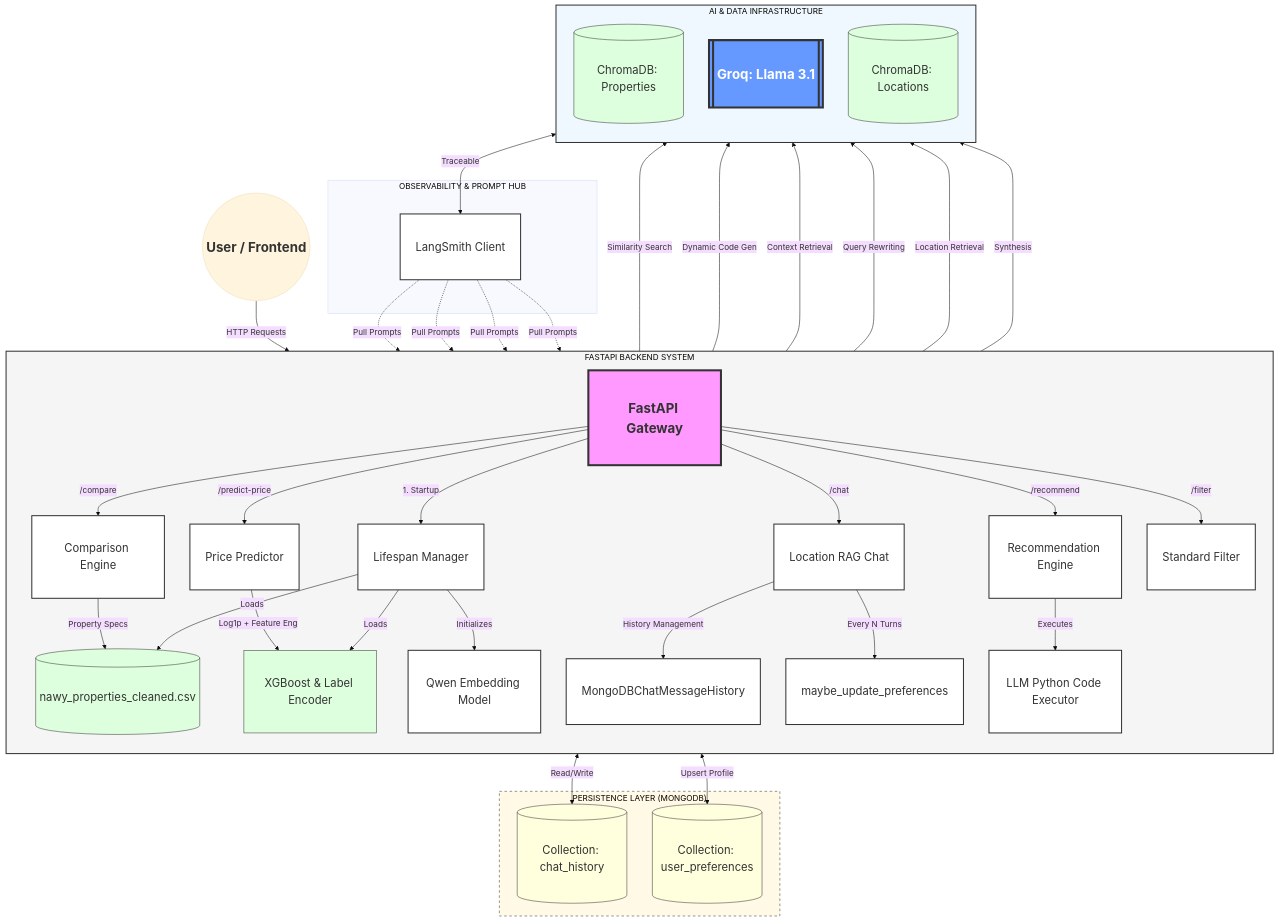
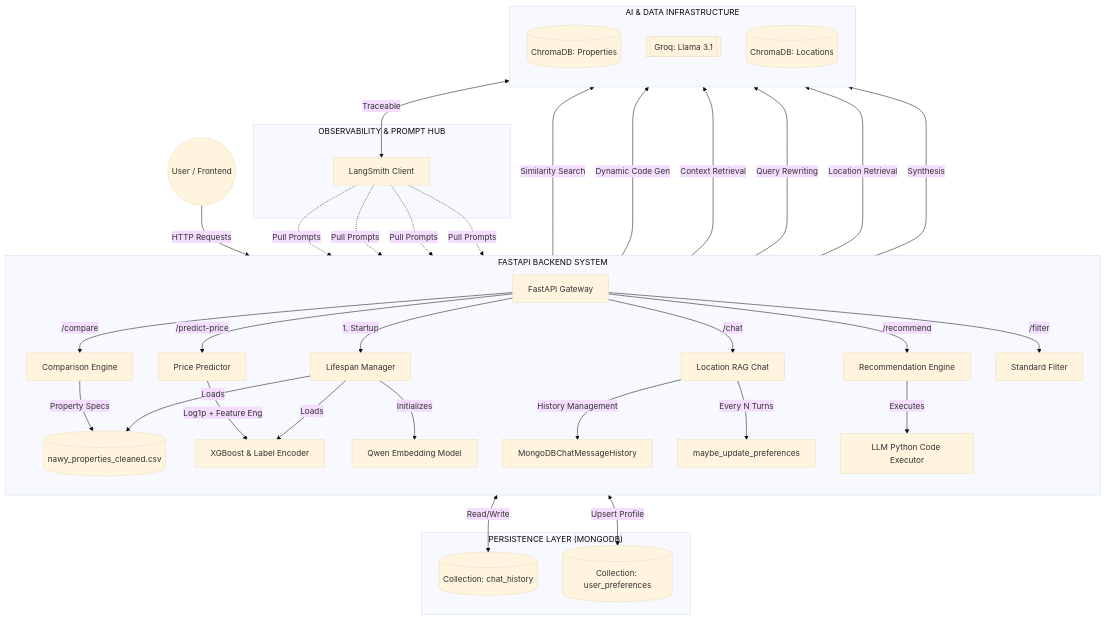
The first of 5 diagrams in README.md (AhmedAyman4/nawy), drawn with Mermaid (base theme) before and after one commit. The commit also changed other lines of this file, not shown here.

````diff
--- a/README.md
+++ b/README.md
@@ -42,73 +42,60 @@
 ```mermaid
 graph TD
-    %% Global Styling with Much Larger Fonts
-    classDef larger font-size:26px,font-weight:bold,padding:20px;
-    classDef storage fill:#dfd,stroke:#333,font-size:22px,padding:15px;
-    classDef database fill:#ffd,stroke:#333,font-size:22px,padding:15px;
-    classDef logic fill:#fff,stroke:#333,stroke-width:2px,font-size:22px,padding:15px;
-
     %% Client Layer
-    User((User / Frontend)):::larger -->|HTTP Requests| API
+    User((User / Frontend)) -->|HTTP Requests| API
 
     %% Main Logic Layer
     subgraph FASTAPI["FASTAPI BACKEND SYSTEM"]
         direction TB
-        API[FastAPI Gateway]:::larger
+        API[FastAPI Gateway]
         
-        API -->|1. Startup| Lifespan[Lifespan Manager]:::logic
-        Lifespan -->|Loads| Data[(nawy_properties_cleaned.csv)]:::storage
-        Lifespan -->|Loads| XGB[XGBoost & Label Encoder]:::storage
-        Lifespan -->|Initializes| Embed[Qwen Embedding Model]:::logic
+        API -->|1. Startup| Lifespan[Lifespan Manager]
+        Lifespan -->|Loads| Data[(nawy_properties_cleaned.csv)]
+        Lifespan -->|Loads| XGB[XGBoost & Label Encoder]
+        Lifespan -->|Initializes| Embed[Qwen Embedding Model]
 
         %% Endpoints
-        API -->|/recommend| RecEngine[Recommendation Engine]:::logic
-        API -->|/chat| RAG[Location RAG Chat]:::logic
-        API -->|/compare| Compare[Comparison Engine]:::logic
-        API -->|/predict-price| PricePred[Price Predictor]:::logic
-        API -->|/filter| Filter[Standard Filter]:::logic
+        API -->|/recommend| RecEngine[Recommendation Engine]
+        API -->|/chat| RAG[Location RAG Chat]
+        API -->|/compare| Compare[Comparison Engine]
+        API -->|/predict-price| PricePred[Price Predictor]
+        API -->|/filter| Filter[Standard Filter]
         
         %% Internal Logic
-        RAG -->|History Management| MongoHistory[MongoDBChatMessageHistory]:::logic
-        RAG -->|Every N Turns| PrefLogic[maybe_update_preferences]:::logic
+        RAG -->|History Management| MongoHistory[MongoDBChatMessageHistory]
+        RAG -->|Every N Turns| PrefLogic[maybe_update_preferences]
         
-        RecEngine -->|Executes| PyFilter[LLM Python Code Executor]:::logic
+        RecEngine -->|Executes| PyFilter[LLM Python Code Executor]
     end
 
     %% Storage & AI Layer
     subgraph AI["AI & DATA INFRASTRUCTURE"]
         direction TB
-        RecEngine -->|Similarity Search| ChromaProp[(ChromaDB: Properties)]:::storage
-        RecEngine -->|Dynamic Code Gen| Groq[[Groq: Llama 3.1]]:::larger
+        RecEngine -->|Similarity Search| ChromaProp[(ChromaDB: Properties)]
+        RecEngine -->|Dynamic Code Gen| Groq[[Groq: Llama 3.1]]
         
-        RAG -->|Context Retrieval| ChromaLoc[(ChromaDB: Locations)]:::storage
+        RAG -->|Context Retrieval| ChromaLoc[(ChromaDB: Locations)]
         RAG -->|Query Rewriting| Groq
         
         Compare -->|Property Specs| Data
         Compare -->|Location Retrieval| ChromaLoc
         Compare -->|Synthesis| Groq
 
         PricePred -->|Log1p + Feature Eng| XGB
     end
 
     %% Persistence Layer
     subgraph PERSIST["PERSISTENCE LAYER (MONGODB)"]
-        MongoHistory <-->|Read/Write| ChatCol[(Collection: chat_history)]:::database
-        PrefLogic <-->|Upsert Profile| PrefCol[(Collection: user_preferences)]:::database
+        MongoHistory <-->|Read/Write| ChatCol[(Collection: chat_history)]
+        PrefLogic <-->|Upsert Profile| PrefCol[(Collection: user_preferences)]
     end
 
     %% External Monitoring & Prompts
     subgraph OBSERV["OBSERVABILITY & PROMPT HUB"]
-        Groq <-->|Traceable| LangSmith[LangSmith Client]:::logic
+        Groq <-->|Traceable| LangSmith[LangSmith Client]
         LangSmith -.->|Pull Prompts| RecEngine
         LangSmith -.->|Pull Prompts| RAG
         LangSmith -.->|Pull Prompts| PrefLogic
         LangSmith -.->|Pull Prompts| Compare
     end
-
-    %% Individual Style Overrides
-    style API fill:#f9f,stroke:#333,stroke-width:4px
-    style Groq fill:#69f,stroke:#333,stroke-width:4px,color:#fff
-    style FASTAPI fill:#f5f5f5,stroke:#333,stroke-width:2px
-    style AI fill:#f0f8ff,stroke:#333,stroke-width:2px
-    style PERSIST fill:#fff9e6,stroke:#333,stroke-dasharray: 5 5
 ```
````
